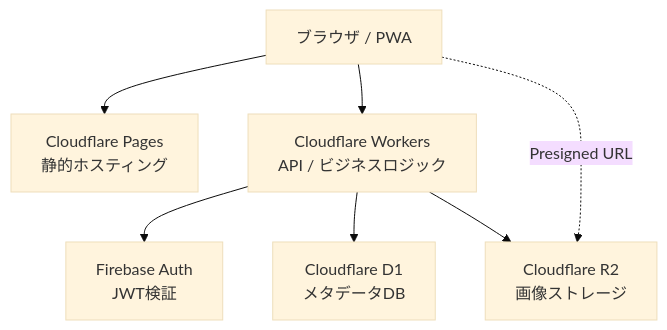
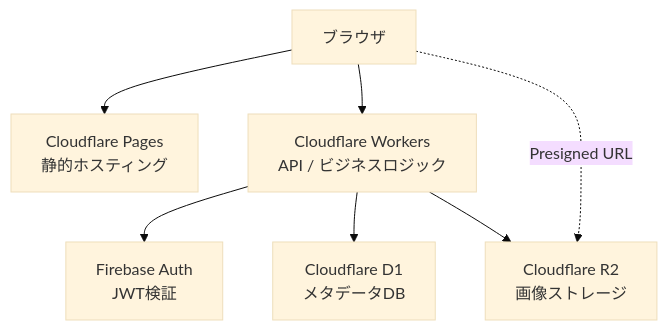
One commit to kuu13580/furdrop changed the first of 5 diagrams in docs/architecture.md. Above: the diagram before and after it, drawn with Mermaid (base theme). The commit also changed other lines of this file and 1 other file, not shown here.

First line of the commit message:
docs: PWA / プッシュ通知を Phase 2 に繰り延べ

````diff
--- a/docs/architecture.md
+++ b/docs/architecture.md
@@ -5,10 +5,10 @@
 ```mermaid
 graph TD
-    Browser[ブラウザ / PWA]
+    Browser[ブラウザ]
     Browser --> Pages[Cloudflare Pages<br/>静的ホスティング]
     Browser --> Workers[Cloudflare Workers<br/>API / ビジネスロジック]
     Workers --> Firebase[Firebase Auth<br/>JWT検証]
     Workers --> D1[Cloudflare D1<br/>メタデータDB]
     Workers --> R2[Cloudflare R2<br/>画像ストレージ]
     Browser -.->|Presigned URL| R2
 ```
````
